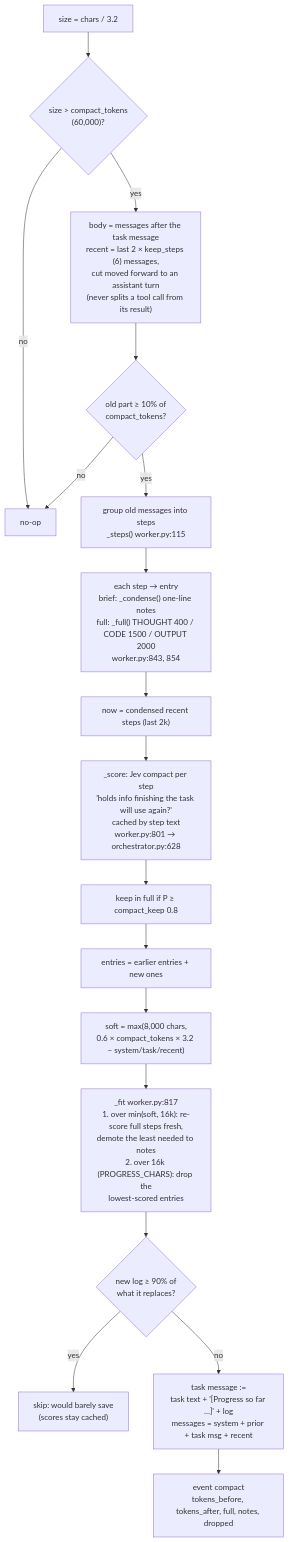
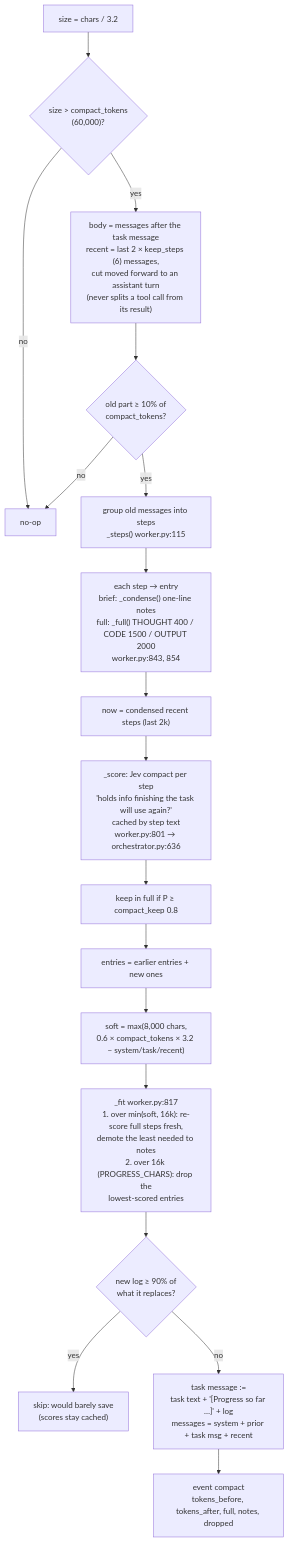
The first of 3 diagrams in docs/architecture/05-stamina.md (slumpsod/jev-harness), drawn with Mermaid before and after one commit. The commit also changed other lines of this file and 40 other files, not shown here.

````diff
--- a/docs/architecture/05-stamina.md
+++ b/docs/architecture/05-stamina.md
@@ -12,20 +12,20 @@
 ```mermaid
 flowchart TD
   A["size = chars / 3.2"] --> B{"size > compact_tokens<br/>(60,000)?"}
   B -- no --> X["no-op"]
   B -- yes --> C["body = messages after the task message<br/>recent = last 2 × keep_steps (6) messages,<br/>cut moved forward to an assistant turn<br/>(never splits a tool call from its result)"]
   C --> D{"old part ≥ 10% of<br/>compact_tokens?"}
   D -- no --> X
   D -- yes --> E["group old messages into steps<br/>_steps() worker.py:115"]
   E --> F["each step → entry<br/>brief: _condense() one-line notes<br/>full: _full() THOUGHT 400 / CODE 1500 / OUTPUT 2000<br/>worker.py:843, 854"]
   F --> G["now = condensed recent steps (last 2k)"]
-  G --> H["_score: Jev compact per step<br/>'holds info finishing the task will use again?'<br/>cached by step text<br/>worker.py:801 → orchestrator.py:628"]
+  G --> H["_score: Jev compact per step<br/>'holds info finishing the task will use again?'<br/>cached by step text<br/>worker.py:801 → orchestrator.py:636"]
   H --> I["keep in full if P ≥ compact_keep 0.8"]
   I --> J["entries = earlier entries + new ones"]
   J --> K["soft = max(8,000 chars,<br/>0.6 × compact_tokens × 3.2 − system/task/recent)"]
   K --> L["_fit worker.py:817<br/>1. over min(soft, 16k): re-score full steps fresh,<br/>demote the least needed to notes<br/>2. over 16k (PROGRESS_CHARS): drop the<br/>lowest-scored entries"]
   L --> M{"new log ≥ 90% of<br/>what it replaces?"}
   M -- yes --> X2["skip: would barely save<br/>(scores stay cached)"]
   M -- no --> N["task message :=<br/>task text + '[Progress so far …]' + log<br/>messages = system + prior + task msg + recent"]
   N --> O["event compact<br/>tokens_before, tokens_after, full, notes, dropped"]
 ```
````
